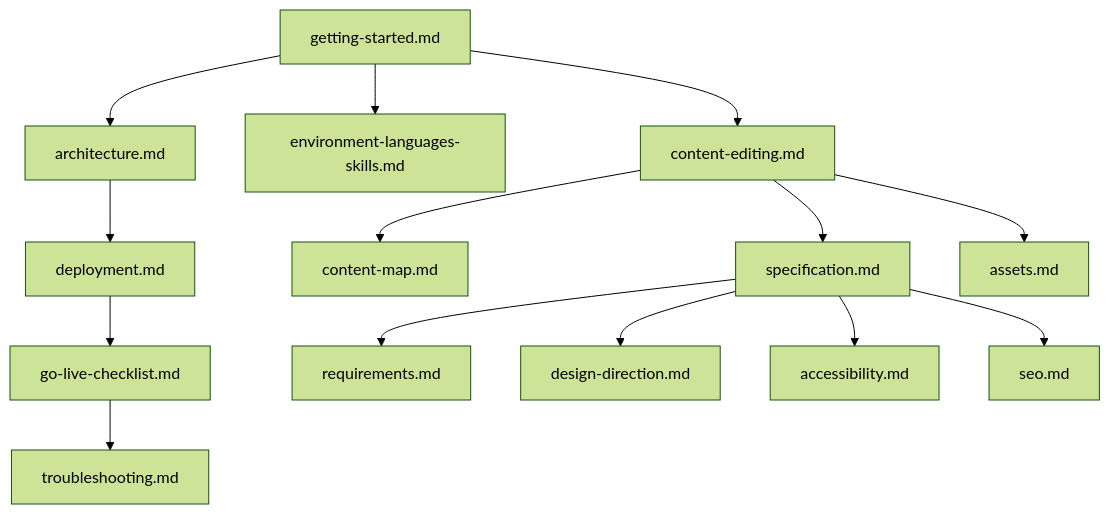
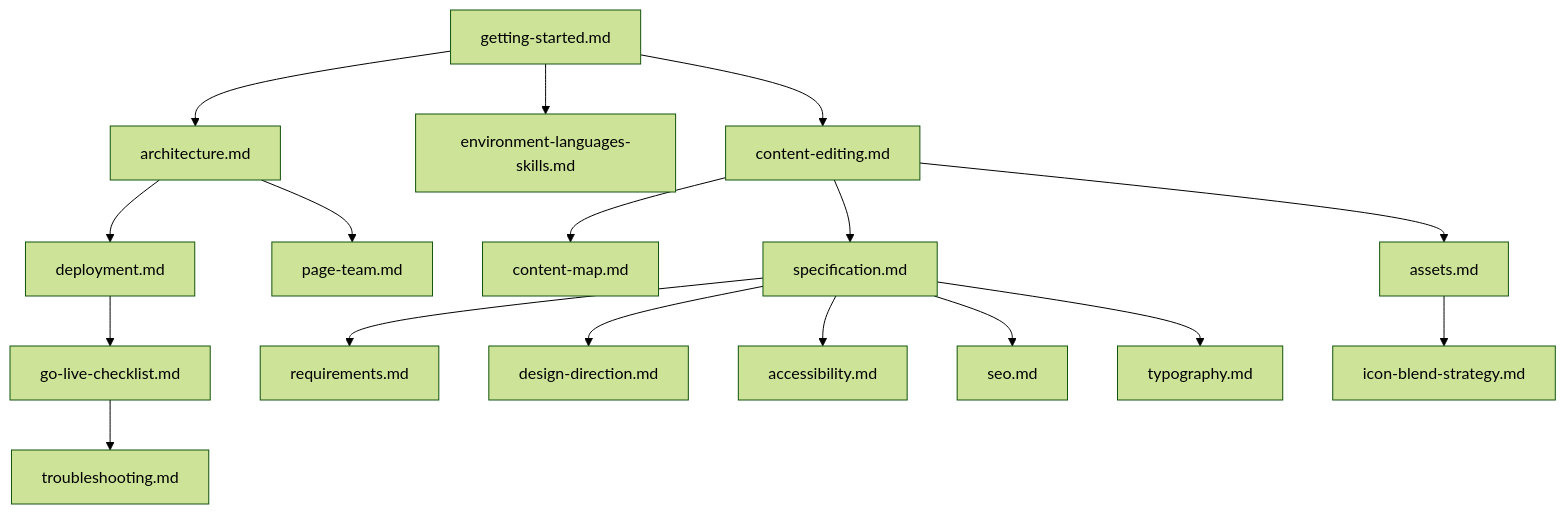
One commit to balajiselvaraj1601/portfolio_site changed the diagram in docs/README.md. Above: the diagram before and after it, drawn with Mermaid (forest theme). The commit also changed other lines of this file and 75 other files, not shown here.

````diff
--- a/docs/README.md
+++ b/docs/README.md
@@ -46,16 +79,19 @@
 ```mermaid
 flowchart TD
   GS[getting-started.md] --> ARCH[architecture.md]
   GS --> ELS[environment-languages-skills.md]
   GS --> CE[content-editing.md]
   CE --> CM[content-map.md]
   CE --> SPEC[specification.md]
   ARCH --> DEP[deployment.md]
   DEP --> GL[go-live-checklist.md]
   GL --> TS[troubleshooting.md]
   SPEC --> REQ[requirements.md]
   SPEC --> DD[design-direction.md]
   SPEC --> A11Y[accessibility.md]
   SPEC --> SEO[seo.md]
   CE --> ASSETS[assets.md]
+  SPEC --> TYPO[typography.md]
+  ASSETS --> IBS[icon-blend-strategy.md]
+  ARCH --> PTEAM[page-team.md]
 ```
````
